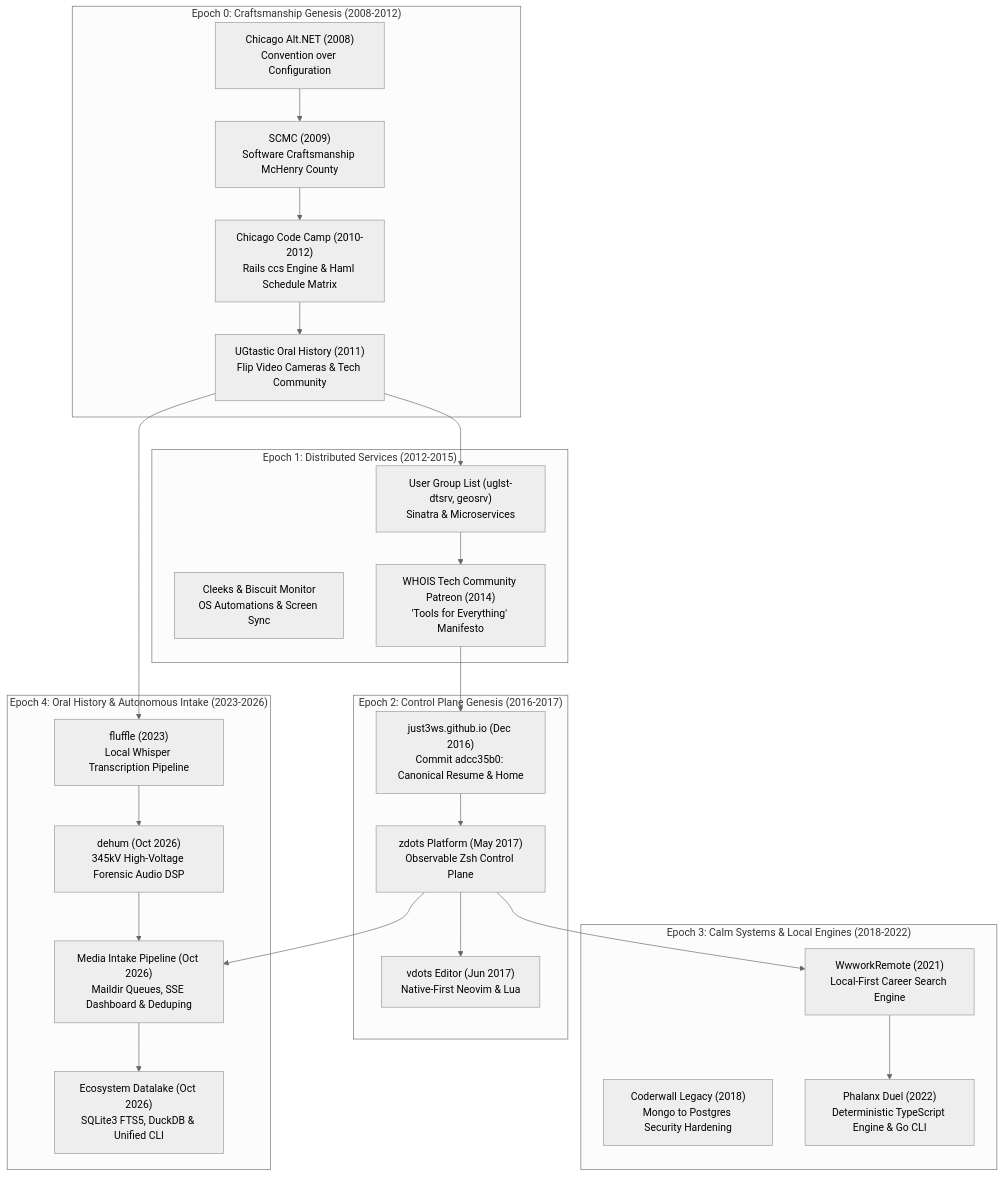
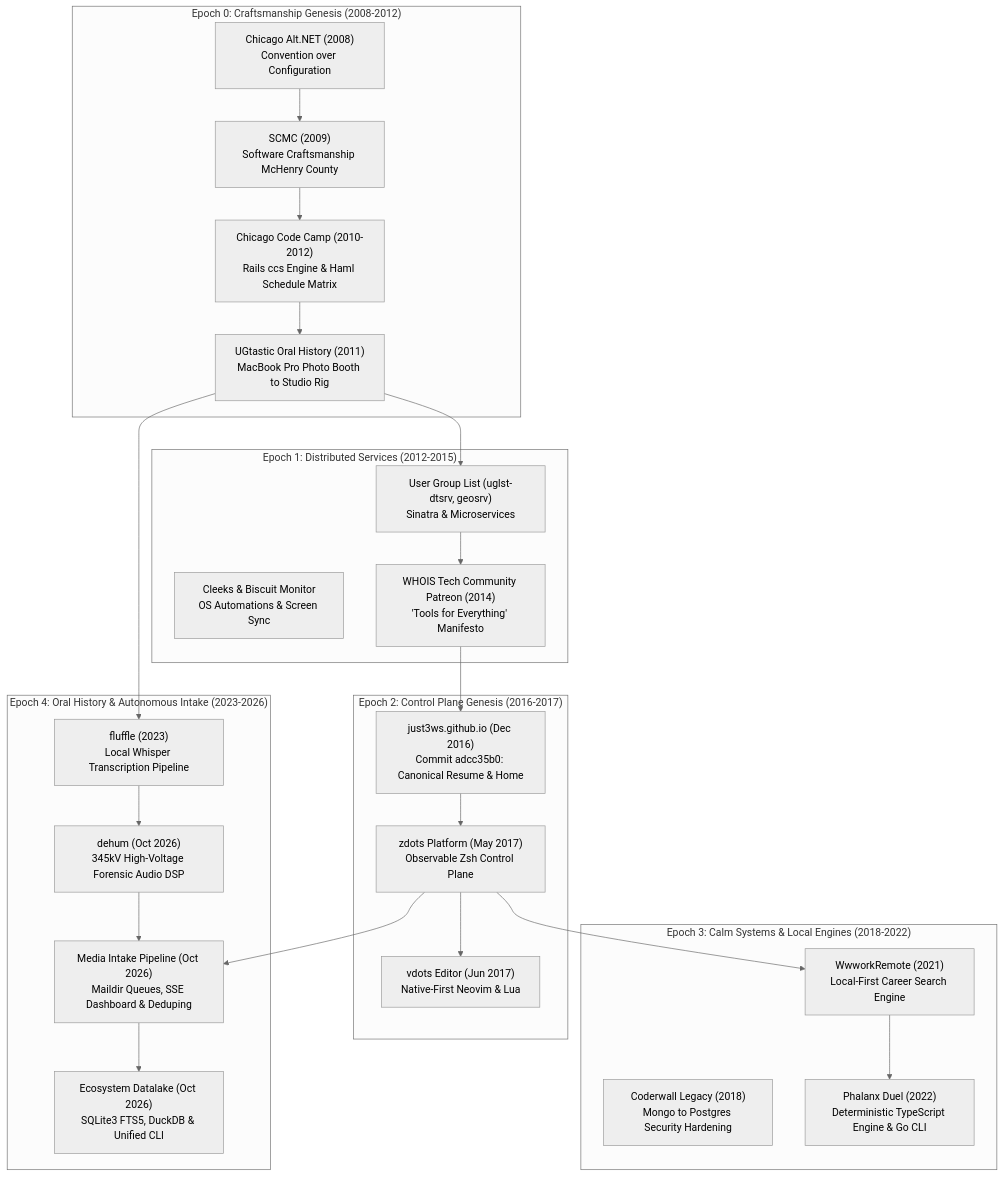
Before and after one commit to just3ws/just3ws.github.io: the first of 3 diagrams in docs/ecosystem-history-and-datalake-chronology.md, drawn with Mermaid (neutral theme). The commit also changed other lines of this file and 4 other files, not shown here.

Commit message:
fix(history): correct 2011 interview camera to MacBook Pro Photo Booth and link camera lineage

````diff
--- a/docs/ecosystem-history-and-datalake-chronology.md
+++ b/docs/ecosystem-history-and-datalake-chronology.md
@@ -9,42 +9,42 @@
 ```mermaid
 flowchart TD
     subgraph E0["Epoch 0: Craftsmanship Genesis (2008-2012)"]
         altnet["Chicago Alt.NET (2008)<br/>Convention over Configuration"]
         scmc["SCMC (2009)<br/>Software Craftsmanship McHenry County"]
         ccc["Chicago Code Camp (2010-2012)<br/>Rails ccs Engine & Haml Schedule Matrix"]
-        ugtastic_flip["UGtastic Oral History (2011)<br/>Flip Video Cameras & Tech Community"]
+        ugtastic_flip["UGtastic Oral History (2011)<br/>MacBook Pro Photo Booth to Studio Rig"]
     end
 
     subgraph E1["Epoch 1: Distributed Services (2012-2015)"]
         uglst["User Group List (uglst-dtsrv, geosrv)<br/>Sinatra & Microservices"]
         cleeks["Cleeks & Biscuit Monitor<br/>OS Automations & Screen Sync"]
         patreon["WHOIS Tech Community Patreon (2014)<br/>'Tools for Everything' Manifesto"]
     end
 
     subgraph E2["Epoch 2: Control Plane Genesis (2016-2017)"]
         j3w_genesis["just3ws.github.io (Dec 2016)<br/>Commit adcc35b0: Canonical Resume & Home"]
         zdots["zdots Platform (May 2017)<br/>Observable Zsh Control Plane"]
         vdots["vdots Editor (Jun 2017)<br/>Native-First Neovim & Lua"]
     end
 
     subgraph E3["Epoch 3: Calm Systems & Local Engines (2018-2022)"]
         coderwall["Coderwall Legacy (2018)<br/>Mongo to Postgres Security Hardening"]
         wwwork["WwworkRemote (2021)<br/>Local-First Career Search Engine"]
         phalanx["Phalanx Duel (2022)<br/>Deterministic TypeScript Engine & Go CLI"]
     end
 
     subgraph E4["Epoch 4: Oral History & Autonomous Intake (2023-2026)"]
         fluffle["fluffle (2023)<br/>Local Whisper Transcription Pipeline"]
         dehum["dehum (Oct 2026)<br/>345kV High-Voltage Forensic Audio DSP"]
         pipeline["Media Intake Pipeline (Oct 2026)<br/>Maildir Queues, SSE Dashboard & Deduping"]
         lake["Ecosystem Datalake (Oct 2026)<br/>SQLite3 FTS5, DuckDB & Unified CLI"]
     end
 
     altnet --> scmc --> ccc --> ugtastic_flip
     ugtastic_flip --> uglst --> patreon
     patreon --> j3w_genesis
     j3w_genesis --> zdots --> vdots
     zdots --> wwwork --> phalanx
     ugtastic_flip --> fluffle --> dehum --> pipeline --> lake
     zdots --> pipeline
 ```
````
